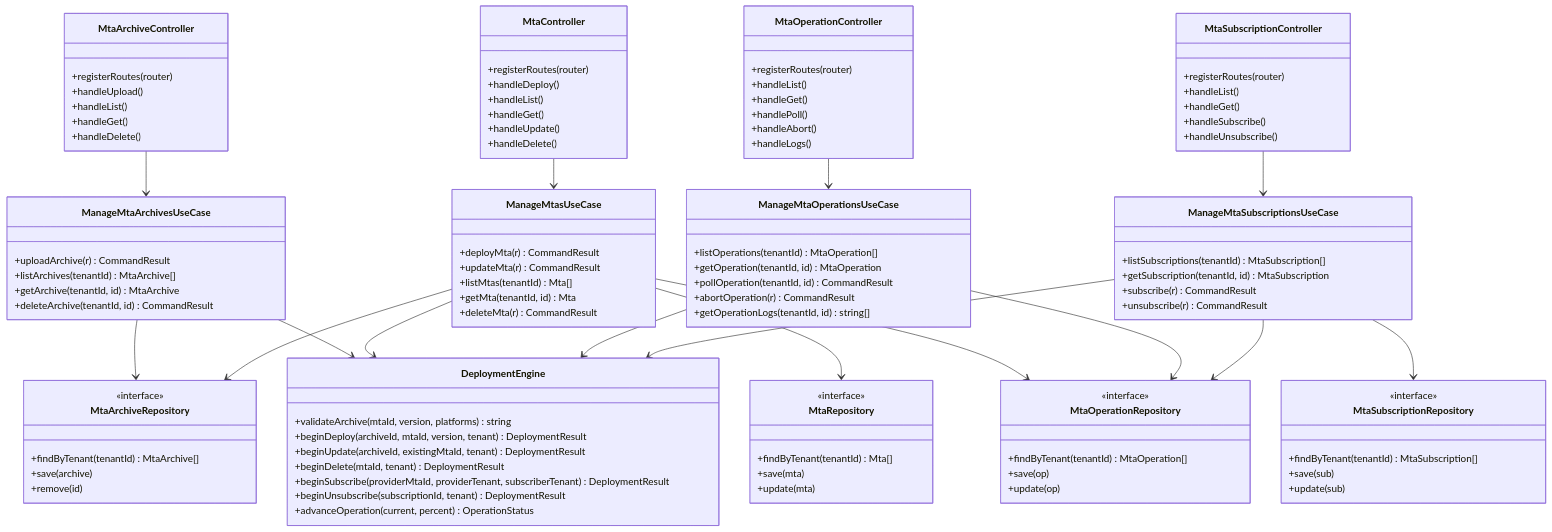
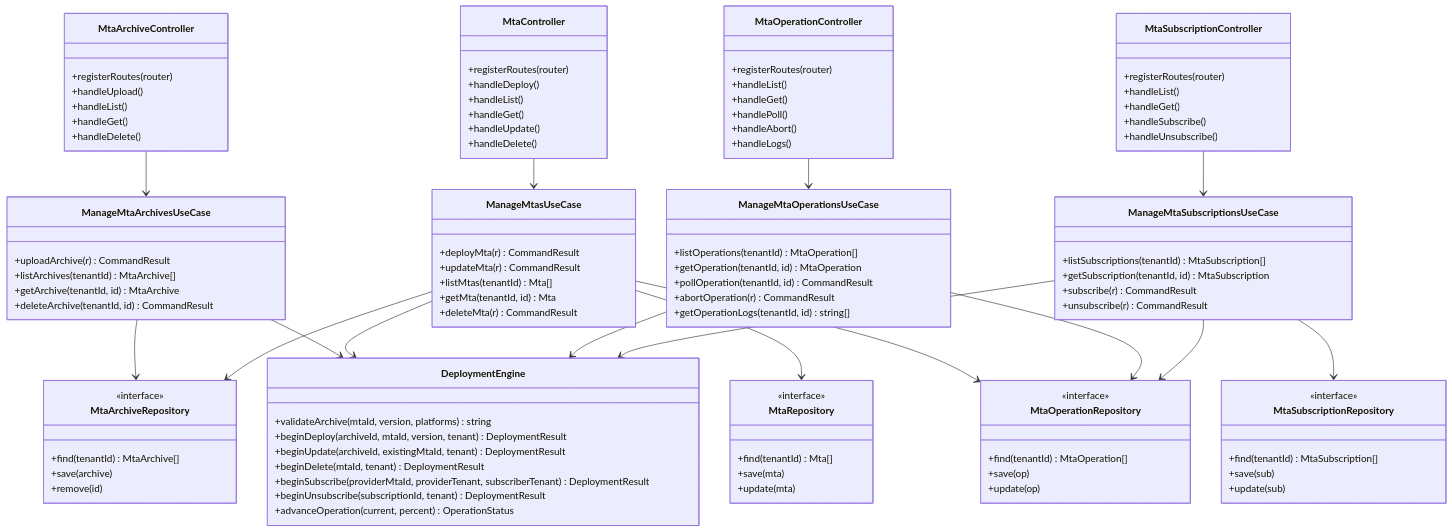
Before and after one commit to UIMSolutions/uim-platform: the second of 7 diagrams in solution-lifecycle/UML.md, drawn with Mermaid. The commit also changed other lines of this file and 1025 other files, not shown here.

```diff
--- a/solution-lifecycle/UML.md
+++ b/solution-lifecycle/UML.md
@@ -86,25 +86,25 @@
 
     class MtaArchiveRepository {
         <<interface>>
-        +findByTenant(tenantId) MtaArchive[]
+        +find(tenantId) MtaArchive[]
         +save(archive)
         +remove(id)
     }
     class MtaRepository {
         <<interface>>
-        +findByTenant(tenantId) Mta[]
+        +find(tenantId) Mta[]
         +save(mta)
         +update(mta)
     }
     class MtaOperationRepository {
         <<interface>>
-        +findByTenant(tenantId) MtaOperation[]
+        +find(tenantId) MtaOperation[]
         +save(op)
         +update(op)
     }
     class MtaSubscriptionRepository {
         <<interface>>
-        +findByTenant(tenantId) MtaSubscription[]
+        +find(tenantId) MtaSubscription[]
         +save(sub)
         +update(sub)
     }
```
